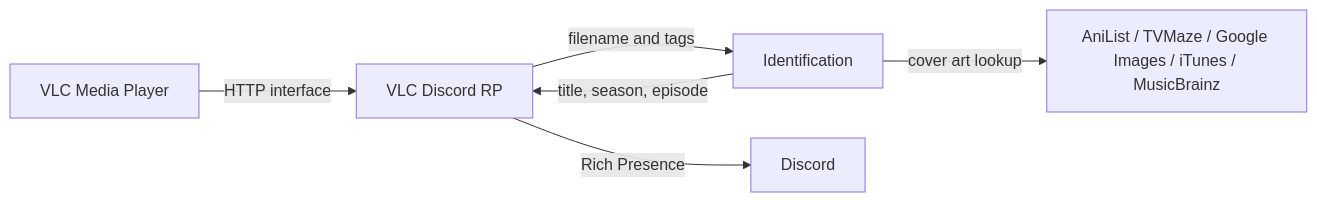
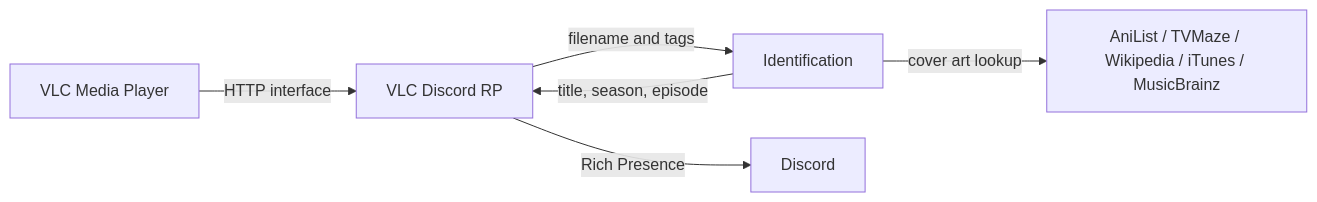
One commit to Saicooh/vlc-rpc changed the diagram in README.md. Above: the diagram before and after it, drawn with Mermaid. The commit also changed other lines of this file and 3 other files, not shown here.

````diff
--- a/README.md
+++ b/README.md
@@ -43,8 +43,8 @@
 ```mermaid
 graph LR
     A[VLC Media Player] -->|HTTP interface| B[VLC Discord RP]
     B -->|filename and tags| D[Identification]
     D -->|title, season, episode| B
-    D -->|cover art lookup| E[AniList / TVMaze / Google Images / iTunes / MusicBrainz]
+    D -->|cover art lookup| E[AniList / TVMaze / Wikipedia / iTunes / MusicBrainz]
     B -->|Rich Presence| C[Discord]
 ```
````
